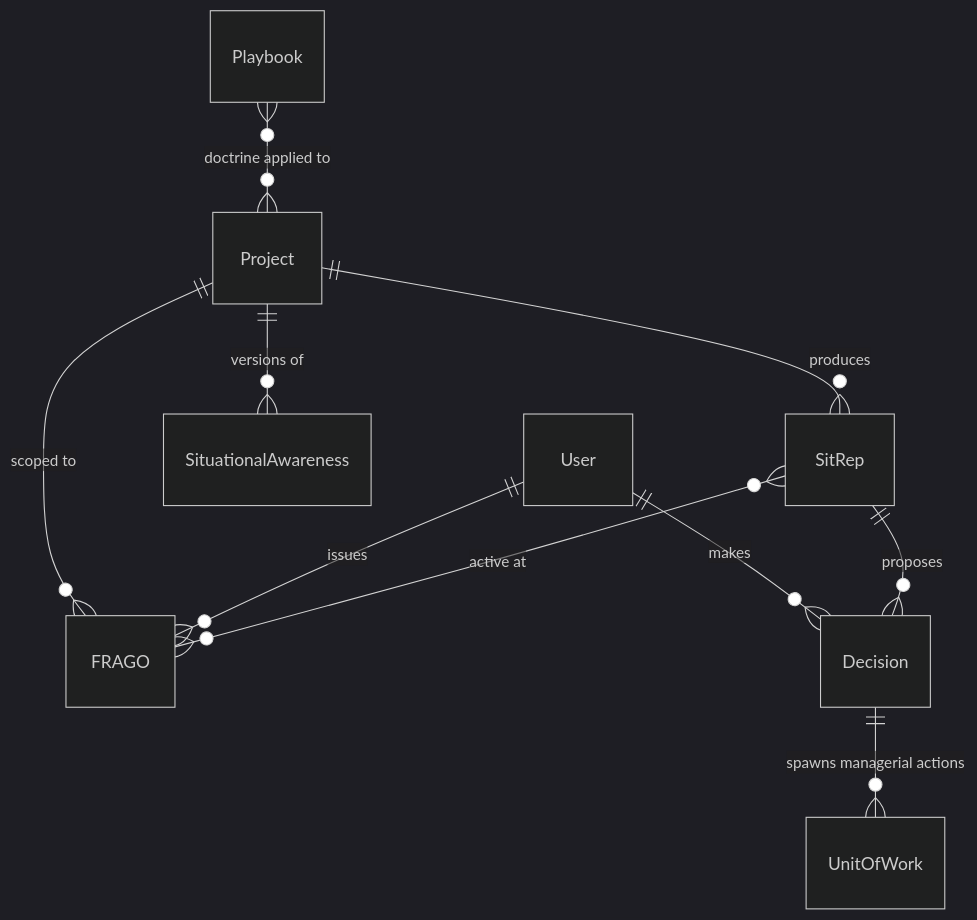
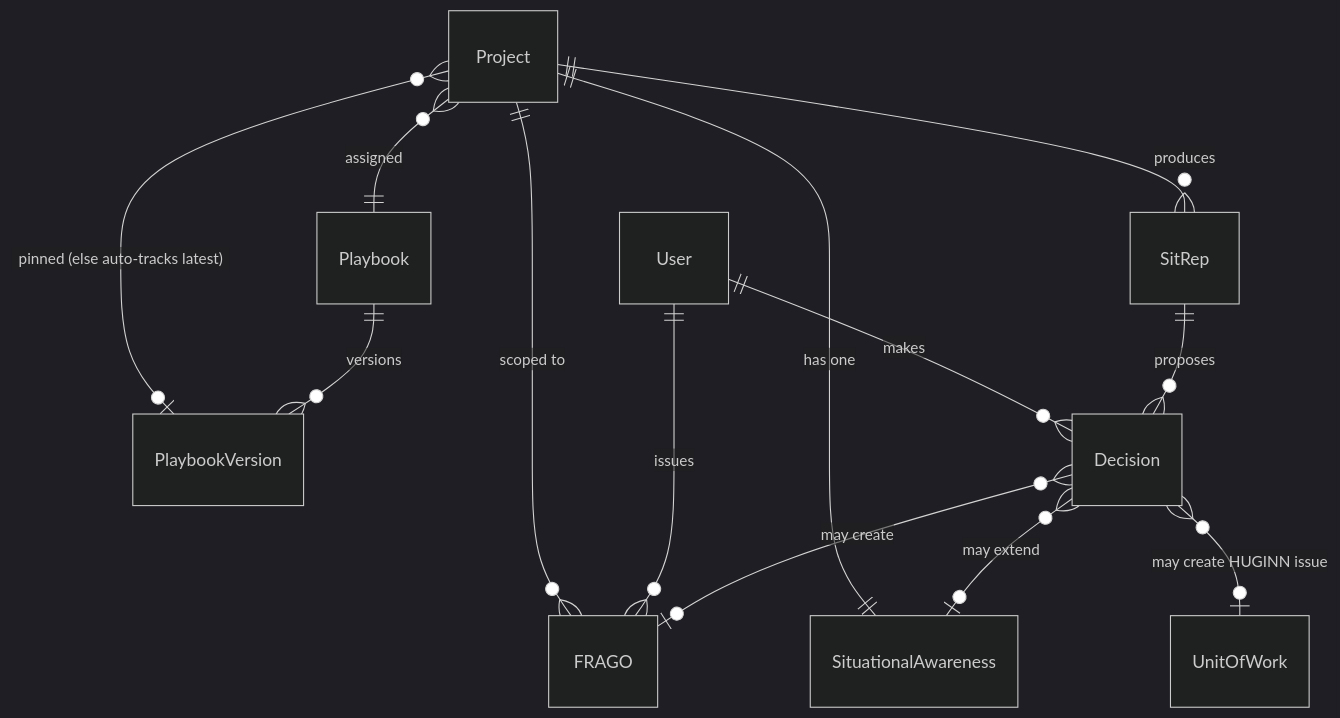
The third of 6 diagrams in docs/ideation/vision.md (FeatureFactory-io/huginn), drawn with Mermaid (dark theme) before and after one commit. The commit also changed other lines of this file and 28 other files, not shown here.

````diff
--- a/docs/ideation/vision.md
+++ b/docs/ideation/vision.md
@@ -182,12 +190,15 @@
 ```mermaid
 erDiagram
     Project ||--o{ SitRep : produces
     Project ||--o{ FRAGO : "scoped to"
-    Project ||--o{ SituationalAwareness : "versions of"
+    Project ||--|| SituationalAwareness : "has one"
+    Project }o--|| Playbook : assigned
+    Project }o--o| PlaybookVersion : "pinned (else auto-tracks latest)"
+    Playbook ||--o{ PlaybookVersion : versions
     User ||--o{ Decision : makes
     User ||--o{ FRAGO : issues
     SitRep ||--o{ Decision : proposes
-    SitRep }o--o{ FRAGO : "active at"
-    Decision ||--o{ UnitOfWork : "spawns managerial actions"
-    Playbook }o--o{ Project : "doctrine applied to"
+    Decision }o--o| FRAGO : "may create"
+    Decision }o--o| SituationalAwareness : "may extend"
+    Decision }o--o| UnitOfWork : "may create HUGINN issue"
 ```
````
